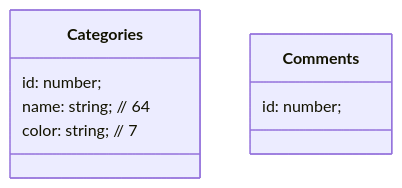
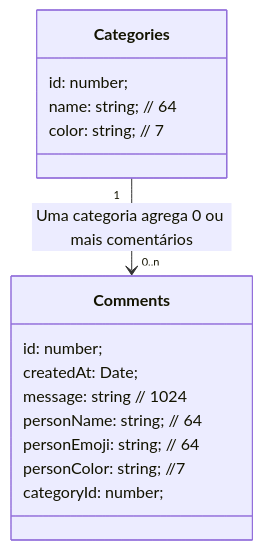
The diagram in entities.md (Vini-002/curso-liga), drawn with Mermaid before and after one commit.

Commit message:
docs(entities):Esquema completo da base de dados

````diff
--- a/entities.md
+++ b/entities.md
@@ -1,13 +1,22 @@
 ```mermaid
 classDiagram
 
 class Categories{
     id: number;
     name: string; // 64
     color: string; // 7
 }
 
+Categories "1" --> "0..n" Comments : Uma categoria agrega 0 ou mais comentários
+
+
 class Comments{
     id: number;
+    createdAt: Date;
+    message: string // 1024
+    personName: string; // 64
+    personEmoji: string; // 64
+    personColor: string; //7
+    categoryId: number; 
 }
 ```
````
